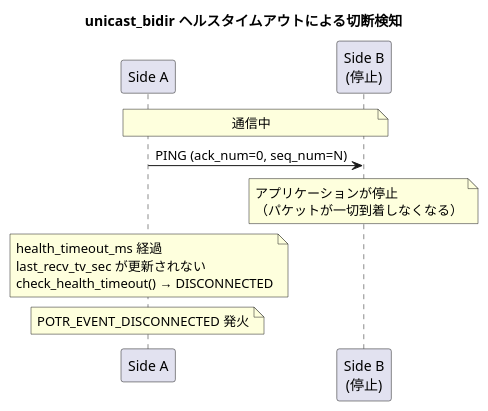
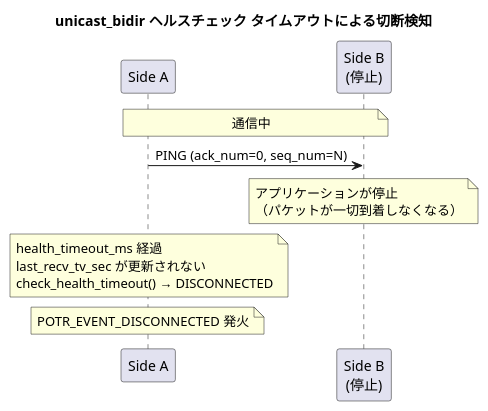
Before and after one commit to Hondarer/app_porter: the fourth of 4 diagrams in docs/sequence-bidir.md, drawn with PlantUML. The commit also changed 6 other files, not shown here.

````diff
--- a/docs/sequence-bidir.md
+++ b/docs/sequence-bidir.md
@@ -120,16 +120,16 @@
 ```plantuml
 @startuml unicast_bidir タイムアウト
-title unicast_bidir ヘルスタイムアウトによる切断検知
+title unicast_bidir ヘルスチェック タイムアウトによる切断検知
 
 participant "Side A" as A
 participant "Side B\n(停止)" as B
 
 note over A,B: 通信中
 
 A -> B: PING (ack_num=0, seq_num=N)
 note over B: アプリケーションが停止\n（パケットが一切到着しなくなる）
 note over A: health_timeout_ms 経過\nlast_recv_tv_sec が更新されない\ncheck_health_timeout() → DISCONNECTED
 note over A: POTR_EVENT_DISCONNECTED 発火
 
 @enduml
 ```
````
